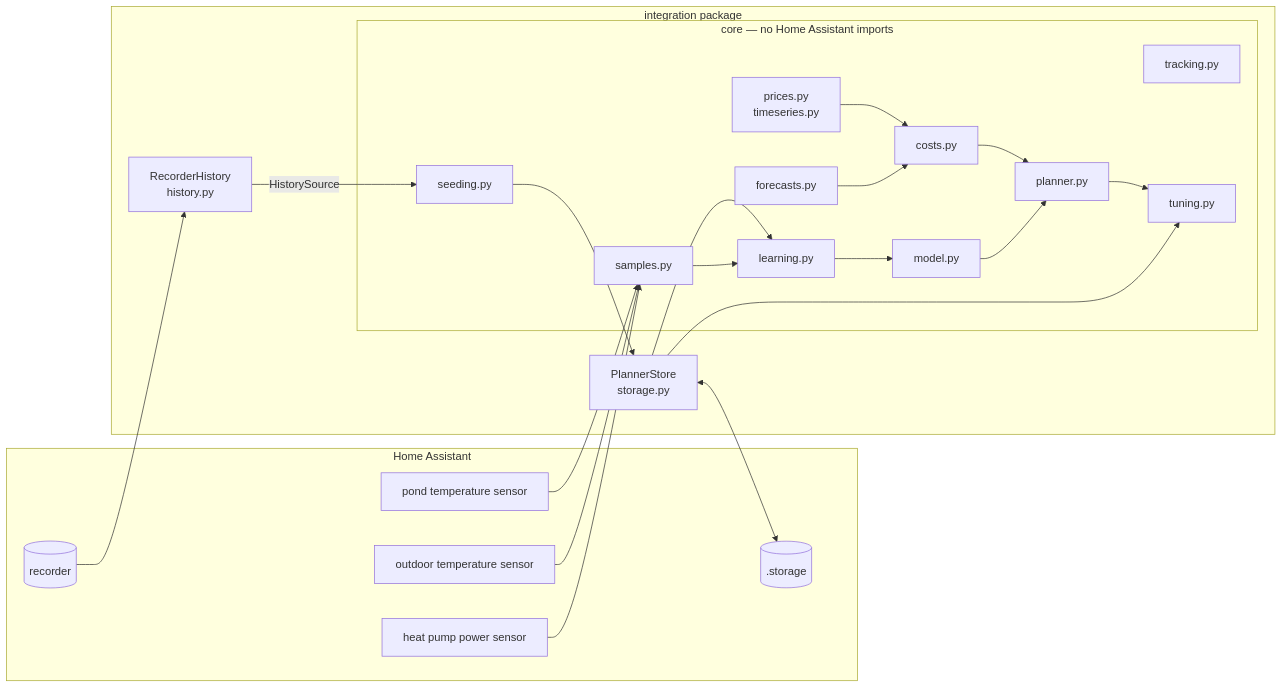
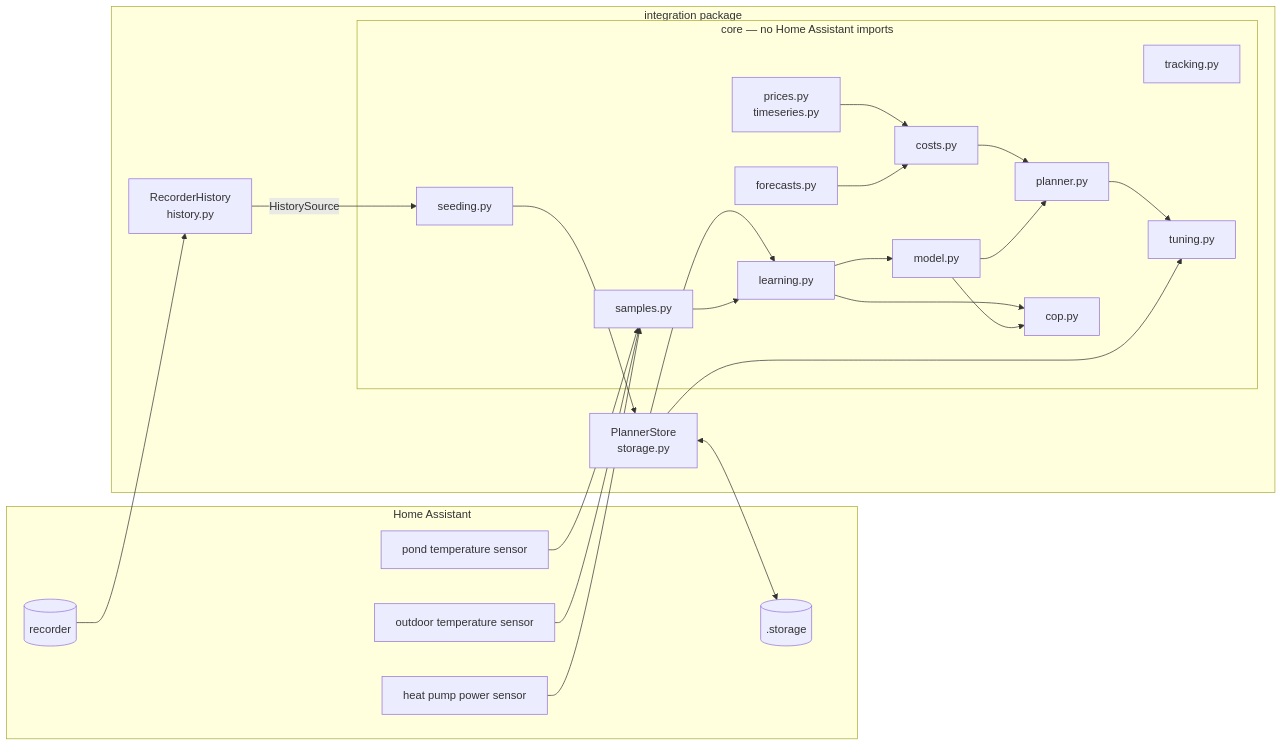
The first of 12 diagrams in docs/architecture.md (abroeders/pond-heatpump-price-planner), drawn with Mermaid before and after one commit. The commit also changed other lines of this file and 2 other files, not shown here.

Commit message:
docs: COP formulas, design revisions and UML diagrams (#8)

````diff
--- a/docs/architecture.md
+++ b/docs/architecture.md
@@ -8,39 +8,42 @@
 ```mermaid
 flowchart LR
     subgraph HA[Home Assistant]
         S1[pond temperature sensor]
         S2[outdoor temperature sensor]
         S3[heat pump power sensor]
         REC[(recorder)]
         ST[(.storage)]
     end
     subgraph INT[integration package]
         STORE[PlannerStore<br/>storage.py]
         HIST[RecorderHistory<br/>history.py]
         subgraph CORE[core — no Home Assistant imports]
             SAMP[samples.py]
             MODEL[model.py]
             LEARN[learning.py]
             SEED[seeding.py]
             TRACK[tracking.py]
             PRICES[prices.py<br/>timeseries.py]
             FC[forecasts.py]
             COSTS[costs.py]
             PLAN[planner.py]
             TUNE[tuning.py]
+            COP[cop.py]
         end
     end
     S1 & S2 & S3 --> SAMP
     REC --> HIST
     HIST -- HistorySource --> SEED
     SEED --> STORE
     STORE <--> ST
     STORE --> LEARN
     LEARN --> MODEL
     SAMP --> LEARN
     PRICES & FC --> COSTS
     COSTS --> PLAN
     MODEL --> PLAN
     PLAN --> TUNE
     STORE --> TUNE
+    LEARN --> COP
+    MODEL --> COP
 ```
````
